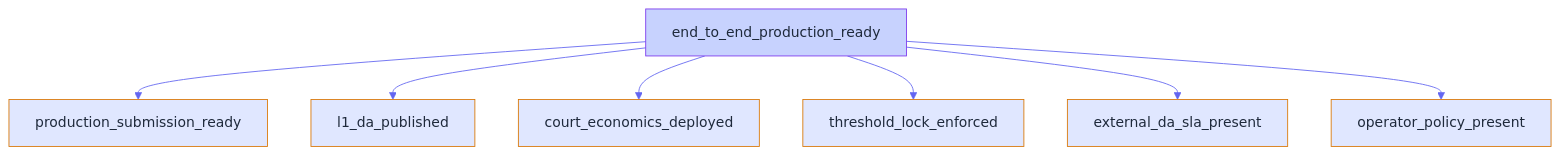
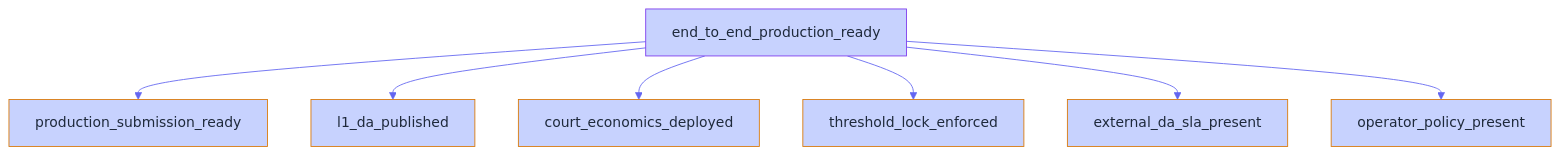
Before and after one commit to Myelin-Labs/Myelin: the second of 2 diagrams in docs/interactions/submission-flow.md, drawn with Mermaid. The commit also changed other lines of this file and 31 other files, not shown here.

````diff
--- a/docs/interactions/submission-flow.md
+++ b/docs/interactions/submission-flow.md
@@ -208,26 +208,26 @@
 ```mermaid
 %%{init: {
   "theme": "base",
   "themeVariables": {
-    "primaryColor": "#EEF2FF",
+    "primaryColor": "#A5B4FC",
     "primaryTextColor": "#1E293B",
     "primaryBorderColor": "#4F46E5",
     "lineColor": "#6366F1",
-    "secondaryColor": "#E0E7FF",
+    "secondaryColor": "#C7D2FE",
     "tertiaryColor": "#C7D2FE"
   }
 }}%%
 flowchart TB
     A["end_to_end_production_ready"]:::top
     B["production_submission_ready"]:::mid
     C["l1_da_published"]:::mid
     D["court_economics_deployed"]:::mid
     E["threshold_lock_enforced"]:::mid
     F["external_da_sla_present"]:::mid
     G["operator_policy_present"]:::mid
 
     A --> B & C & D & E & F & G
 
     classDef top fill:#C7D2FE,stroke:#7C3AED,color:#1E293B;
-    classDef mid fill:#E0E7FF,stroke:#D97706,color:#1E293B;
+    classDef mid fill:#C7D2FE,stroke:#D97706,color:#1E293B;
 ```
````
